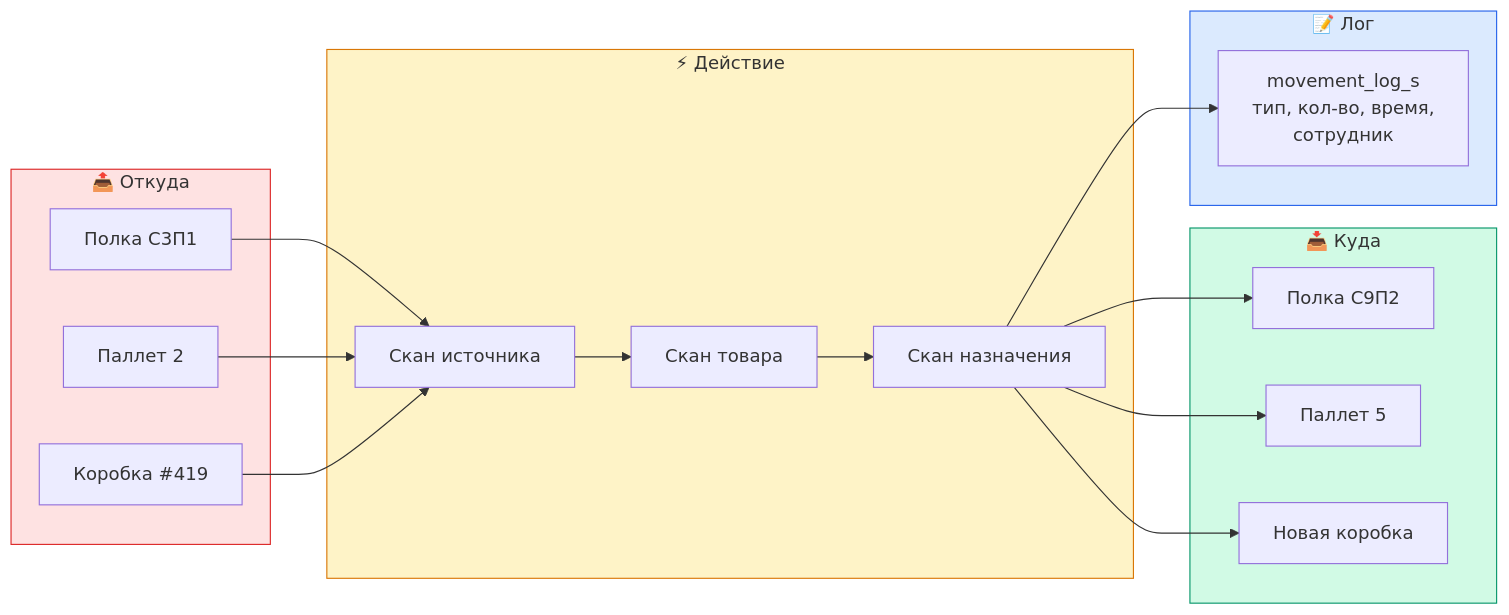
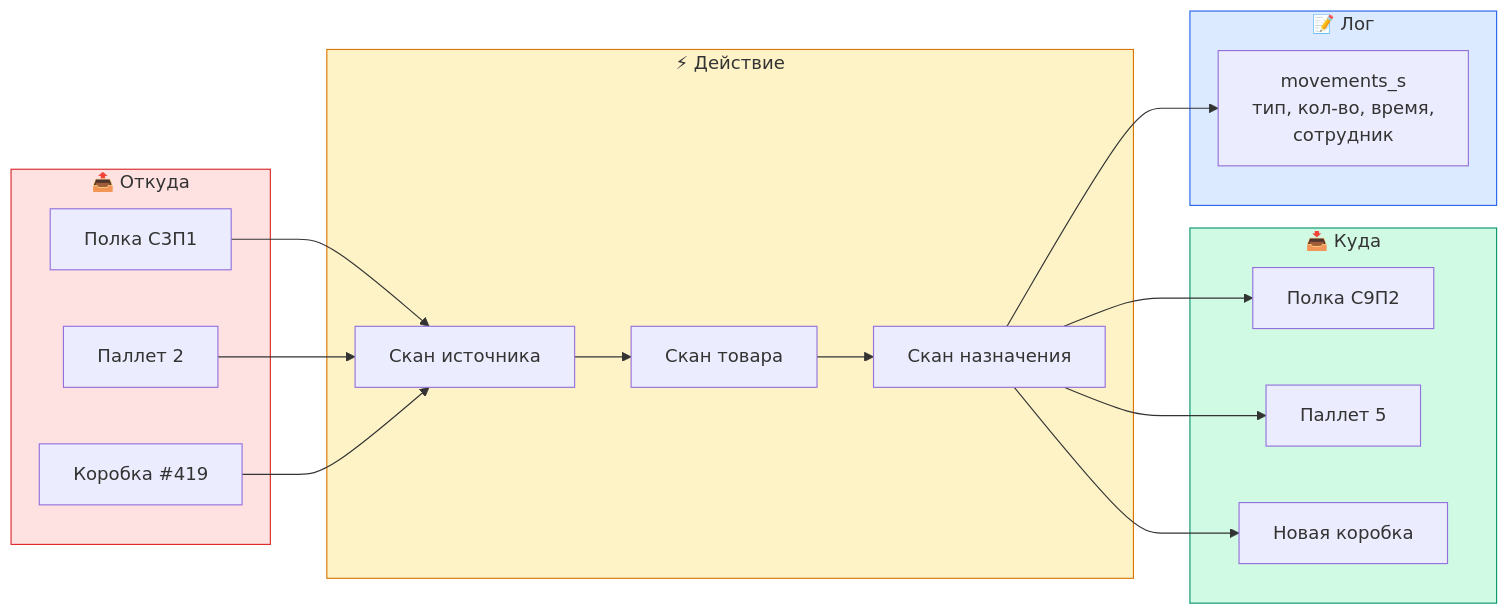
One commit to arra123/Sklad_control changed the third of 3 diagrams in docs/Архитектура/Структура склада.md. Above: the diagram before and after it, drawn with Mermaid. The commit also changed 36 other files, not shown here.

````diff
--- a/docs/Архитектура/Структура склада.md
+++ b/docs/Архитектура/Структура склада.md
@@ -62,39 +62,39 @@
 ```mermaid
 graph LR
     subgraph FROM["📤 Откуда"]
         F_SHELF["Полка С3П1"]
         F_PALLET["Паллет 2"]
         F_BOX["Коробка #419"]
     end
 
     subgraph ACTION["⚡ Действие"]
         SCAN_FROM["Скан источника"]
         SCAN_ITEM["Скан товара"]
         SCAN_TO["Скан назначения"]
     end
 
     subgraph TO["📥 Куда"]
         T_SHELF["Полка С9П2"]
         T_PALLET["Паллет 5"]
         T_BOX["Новая коробка"]
     end
 
     subgraph LOG["📝 Лог"]
-        MOVE["movement_log_s<br/>тип, кол-во, время,<br/>сотрудник"]
+        MOVE["movements_s<br/>тип, кол-во, время,<br/>сотрудник"]
     end
 
     F_SHELF --> SCAN_FROM
     F_PALLET --> SCAN_FROM
     F_BOX --> SCAN_FROM
     SCAN_FROM --> SCAN_ITEM
     SCAN_ITEM --> SCAN_TO
     SCAN_TO --> T_SHELF
     SCAN_TO --> T_PALLET
     SCAN_TO --> T_BOX
     SCAN_TO --> MOVE
 
     style FROM fill:#fee2e2,stroke:#dc2626
     style ACTION fill:#fef3c7,stroke:#d97706
     style TO fill:#d1fae5,stroke:#059669
     style LOG fill:#dbeafe,stroke:#2563eb
 ```
````
